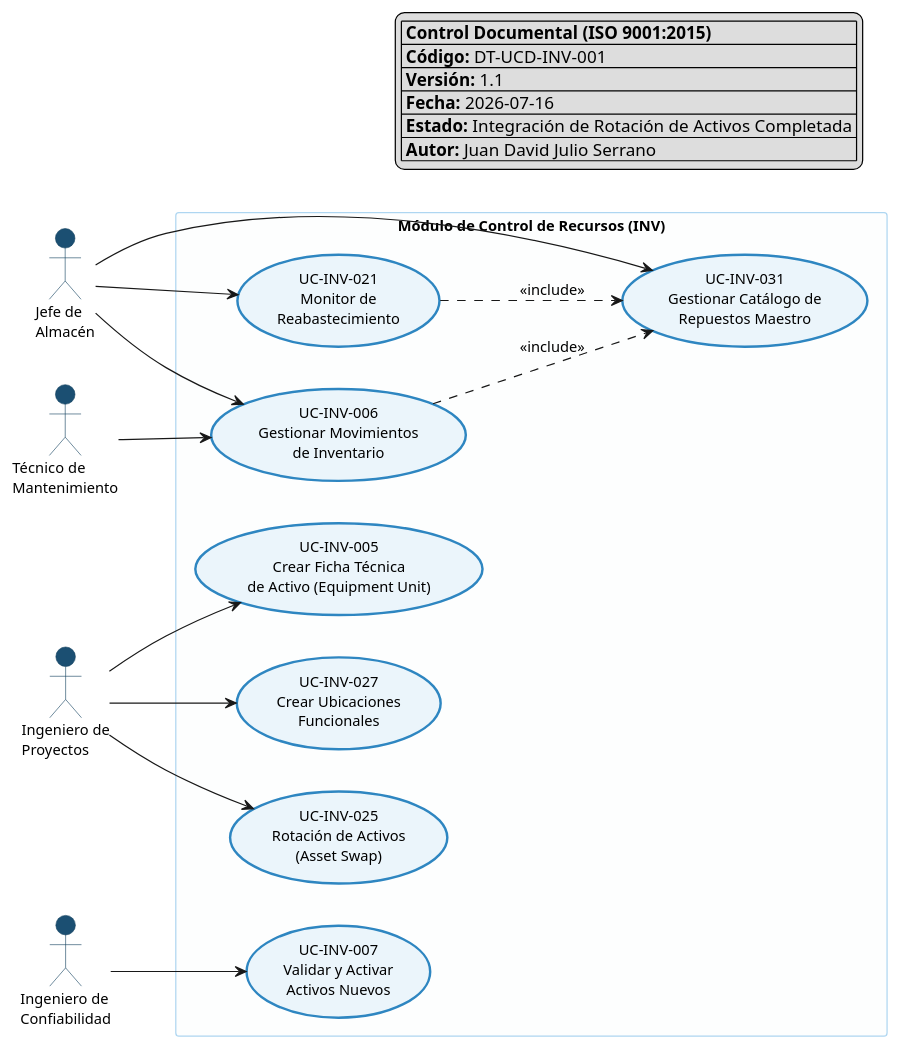
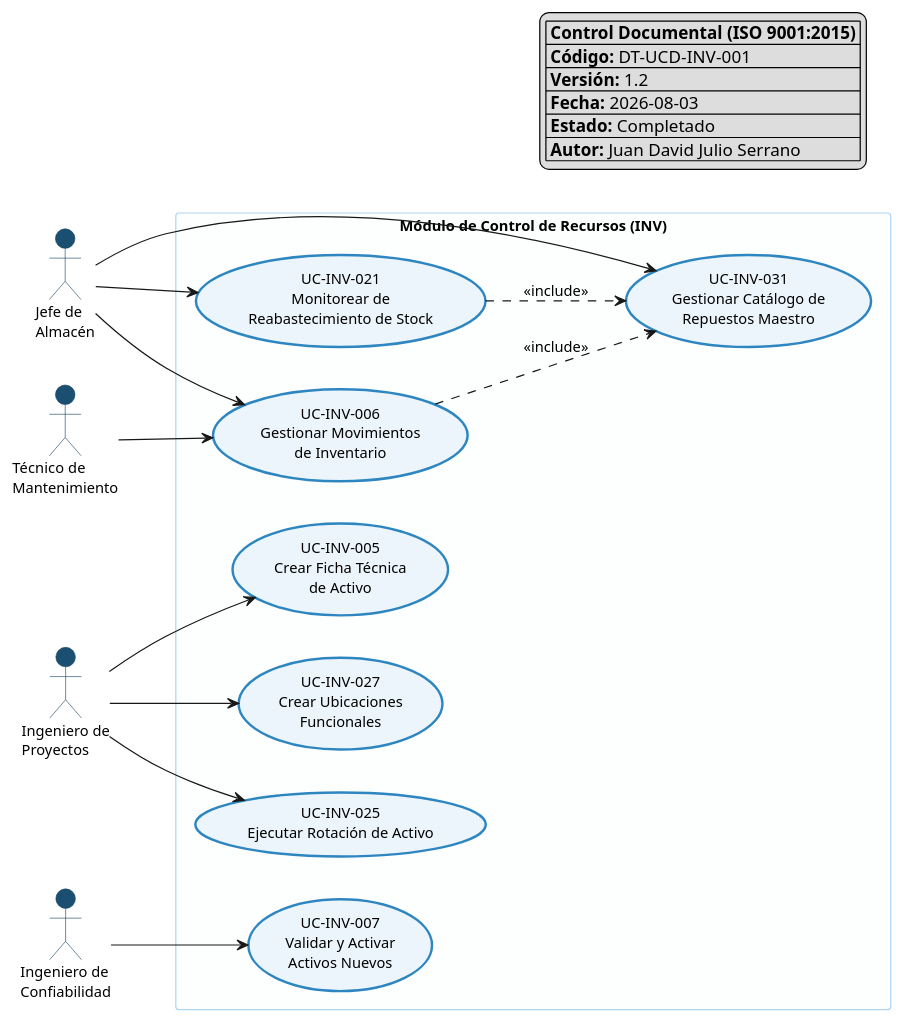
Before and after one commit to Novav20/adso-dteam-docs: the diagram in domain-models/use-cases/inv/inv-use-cases.puml, drawn with PlantUML. The commit also changed 22 other files, not shown here.

```diff
--- a/domain-models/use-cases/inv/inv-use-cases.puml
+++ b/domain-models/use-cases/inv/inv-use-cases.puml
@@ -1,72 +1,72 @@
 @startuml INV-UseCases
 skinparam packageStyle rectangle
 left to right direction
 
 ' --- CONFIGURACIÓN VISUAL ---
 skinparam usecase {
   BackgroundColor #EBF5FB
   BorderColor #2E86C1
   BorderThickness 2
   FontName Segoe UI
   FontSize 12
 }
 skinparam actor {
   BackgroundColor #1B4F72
   BorderColor #154360
   FontName Segoe UI
   FontSize 11
 }
 skinparam package {
   BackgroundColor #FDFEFE
   BorderColor #AED6F1
   FontName Segoe UI
   FontSize 13
   FontStyle bold
 }
 skinparam defaultFontName "Segoe UI"
 skinparam defaultFontSize 12
 
 legend top right
 |= Control Documental (ISO 9001:2015) |
 | **Código:** DT-UCD-INV-001 |
-| **Versión:** 1.1 |
-| **Fecha:** 2026-07-16 |
-| **Estado:** Integración de Rotación de Activos Completada |
+| **Versión:** 1.2 |
+| **Fecha:** 2026-08-03 |
+| **Estado:** Completado |
 | **Autor:** Juan David Julio Serrano |
 endlegend
 
 ' --- ACTORES ---
 actor "Jefe de\nAlmacén" as JefeAlmacen #1B4F72
 actor "Ingeniero de\nProyectos" as IngenieroProyectos #1B4F72
 actor "Ingeniero de\nConfiabilidad" as IngenieroConfiabilidad #1B4F72
 actor "Técnico de\nMantenimiento" as Tecnico #1B4F72
 
 ' --- PAQUETE PRINCIPAL ---
 package "Módulo de Control de Recursos (INV)" {
 
-  usecase "UC-INV-005\nCrear Ficha Técnica\nde Activo (Equipment Unit)" as UCINV005 #EBF5FB
+  usecase "UC-INV-005\nCrear Ficha Técnica\nde Activo" as UCINV005 #EBF5FB
   usecase "UC-INV-006\nGestionar Movimientos\nde Inventario" as UCINV006 #EBF5FB
   usecase "UC-INV-007\nValidar y Activar\nActivos Nuevos" as UCINV007 #EBF5FB
-  usecase "UC-INV-021\nMonitor de\nReabastecimiento" as UCINV021 #EBF5FB
-  usecase "UC-INV-025\nRotación de Activos\n(Asset Swap)" as UCINV025 #EBF5FB
+  usecase "UC-INV-021\nMonitorear de\nReabastecimiento de Stock" as UCINV021 #EBF5FB
+  usecase "UC-INV-025\nEjecutar Rotación de Activo" as UCINV025 #EBF5FB
   usecase "UC-INV-027\nCrear Ubicaciones\nFuncionales" as UCINV027 #EBF5FB
   usecase "UC-INV-031\nGestionar Catálogo de\nRepuestos Maestro" as UCINV031 #EBF5FB
 }
 
 ' --- RELACIONES ACTOR - CASO DE USO ---
 IngenieroProyectos --> UCINV005
 IngenieroProyectos --> UCINV027
 IngenieroProyectos --> UCINV025
 
 JefeAlmacen --> UCINV006
 JefeAlmacen --> UCINV021
 JefeAlmacen --> UCINV031
 
 IngenieroConfiabilidad --> UCINV007
 Tecnico --> UCINV006
 
 ' --- RELACIONES INTER-CASOS DE USO (Include/Extend) ---
 UCINV006 ..> UCINV031 : <<include>>
 UCINV021 ..> UCINV031 : <<include>>
 
 @enduml
```
